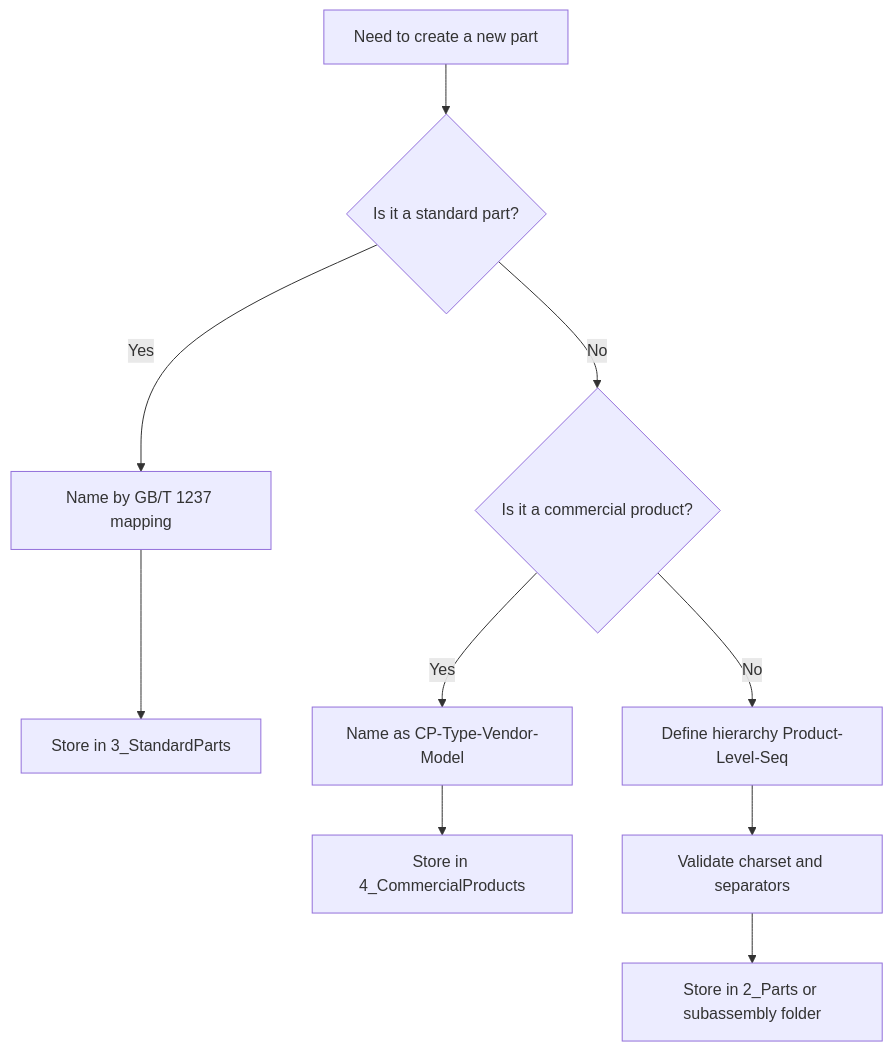
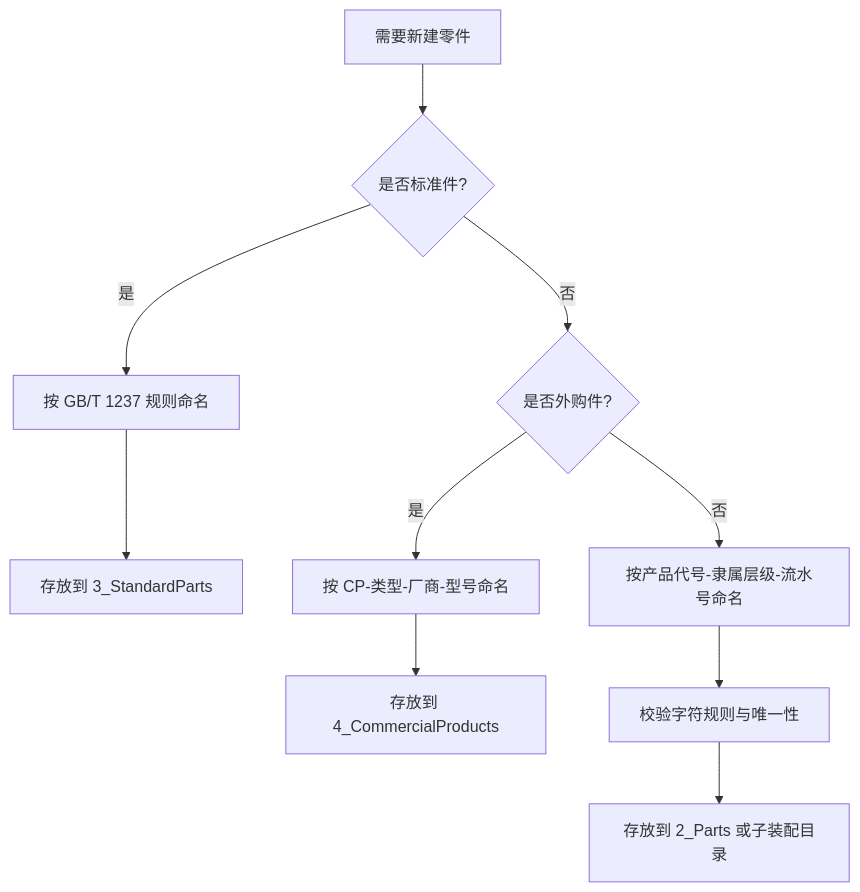
Before and after one commit to bridgezhang123/bridge-between-engineers: the diagram in docs/modeling/naming-standards.md, drawn with Mermaid. The commit also changed other lines of this file and 3 other files, not shown here.

````diff
--- a/docs/modeling/naming-standards.md
+++ b/docs/modeling/naming-standards.md
@@ -115,14 +181,14 @@
 ```mermaid
 flowchart TD
-    A[Need to create a new part] --> B{Is it a standard part?}
-    B -- Yes --> C[Name by GB/T 1237 mapping]
-    C --> D[Store in 3_StandardParts]
+    A[需要新建零件] --> B{是否标准件?}
+    B -- 是 --> C[按 GB/T 1237 规则命名]
+    C --> D[存放到 3_StandardParts]
 
-    B -- No --> E{Is it a commercial product?}
-    E -- Yes --> F[Name as CP-Type-Vendor-Model]
-    F --> G[Store in 4_CommercialProducts]
+    B -- 否 --> E{是否外购件?}
+    E -- 是 --> F[按 CP-类型-厂商-型号命名]
+    F --> G[存放到 4_CommercialProducts]
 
-    E -- No --> H[Define hierarchy Product-Level-Seq]
-    H --> I[Validate charset and separators]
-    I --> J[Store in 2_Parts or subassembly folder]
+    E -- 否 --> H[按产品代号-隶属层级-流水号命名]
+    H --> I[校验字符规则与唯一性]
+    I --> J[存放到 2_Parts 或子装配目录]
 ```
````
